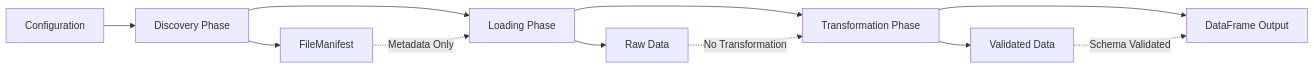
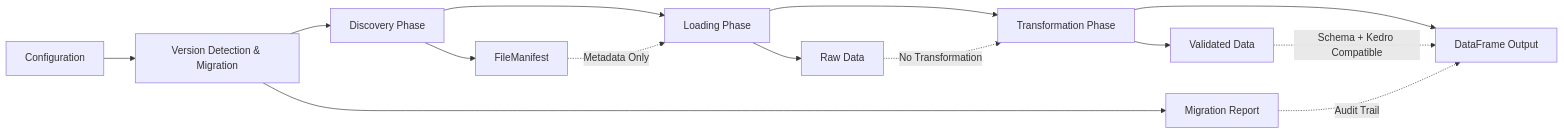
The diagram in docs/architecture.md (SamuelBrudner/flyrigloader), drawn with Mermaid before and after one commit. The commit also changed other lines of this file, not shown here.

````diff
--- a/docs/architecture.md
+++ b/docs/architecture.md
@@ -306,15 +466,18 @@
 ```mermaid
 graph LR
-    A[Configuration] --> B[Discovery Phase]
+    A[Configuration] --> A1[Version Detection & Migration]
+    A1 --> B[Discovery Phase]
     B --> C[Loading Phase]
     C --> D[Transformation Phase]
     D --> E[DataFrame Output]
     
+    A1 --> A2[Migration Report]
     B --> F[FileManifest]
     C --> G[Raw Data]
     D --> H[Validated Data]
     
+    A2 -.->|"Audit Trail"| E
     F -.->|"Metadata Only"| C
     G -.->|"No Transformation"| D
-    H -.->|"Schema Validated"| E
+    H -.->|"Schema + Kedro Compatible"| E
 ```
````
